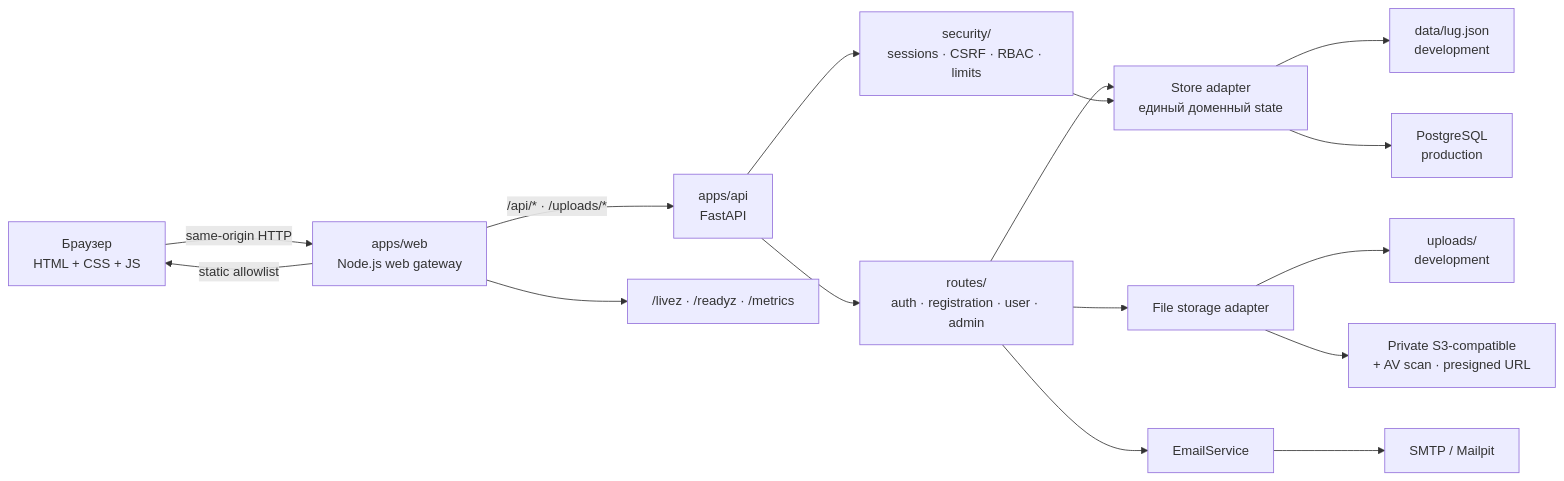
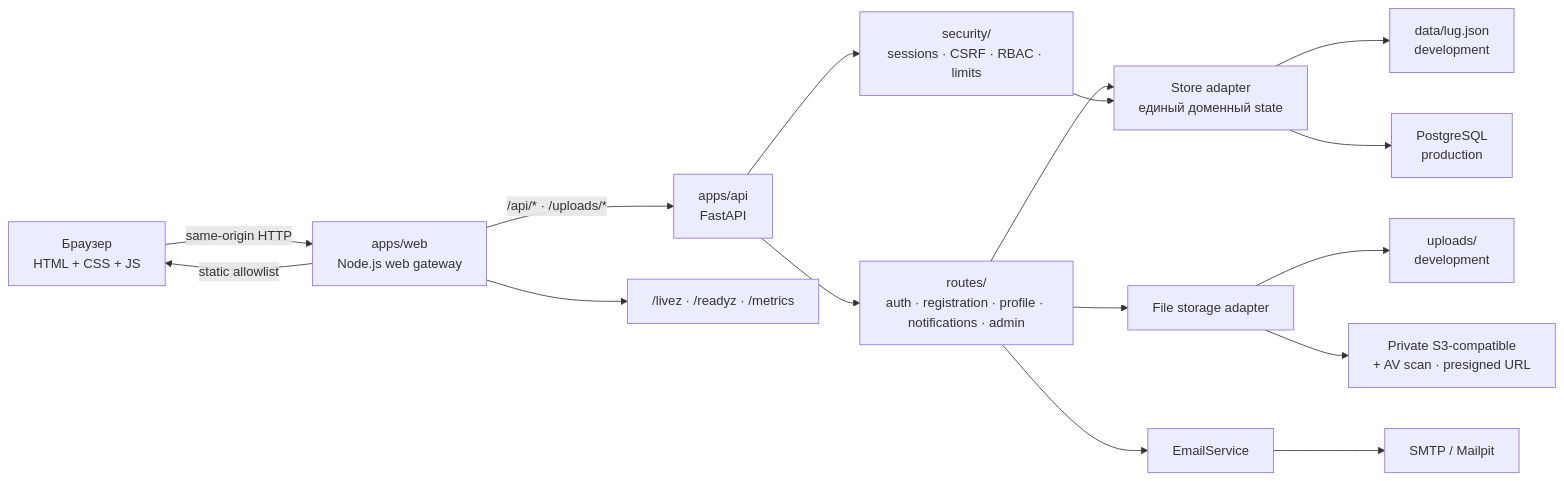
The first of 2 diagrams in README.md (artemnoor/lug-2026), drawn with Mermaid before and after one commit. The commit also changed other lines of this file and 65 other files, not shown here.

````diff
--- a/README.md
+++ b/README.md
@@ -73,33 +77,33 @@
 ```mermaid
 flowchart LR
     Browser["Браузер<br/>HTML + CSS + JS"]
     Web["apps/web<br/>Node.js web gateway"]
     API["apps/api<br/>FastAPI"]
-    Routes["routes/<br/>auth · registration · user · admin"]
+    Routes["routes/<br/>auth · registration · profile · notifications · admin"]
     Security["security/<br/>sessions · CSRF · RBAC · limits"]
     Store["Store adapter<br/>единый доменный state"]
     Json["data/lug.json<br/>development"]
     Pg["PostgreSQL<br/>production"]
     Files["File storage adapter"]
     Local["uploads/<br/>development"]
     S3["Private S3-compatible<br/>+ AV scan · presigned URL"]
     Email["EmailService"]
     SMTP["SMTP / Mailpit"]
     Ops["/livez · /readyz · /metrics"]
 
     Browser -->|"same-origin HTTP"| Web
     Web -->|"static allowlist"| Browser
     Web -->|"/api/* · /uploads/*"| API
     Web --> Ops
     API --> Routes
     API --> Security
     Routes --> Store
     Security --> Store
     Store --> Json
     Store --> Pg
     Routes --> Files
     Files --> Local
     Files --> S3
     Routes --> Email
     Email --> SMTP
 ```
````
